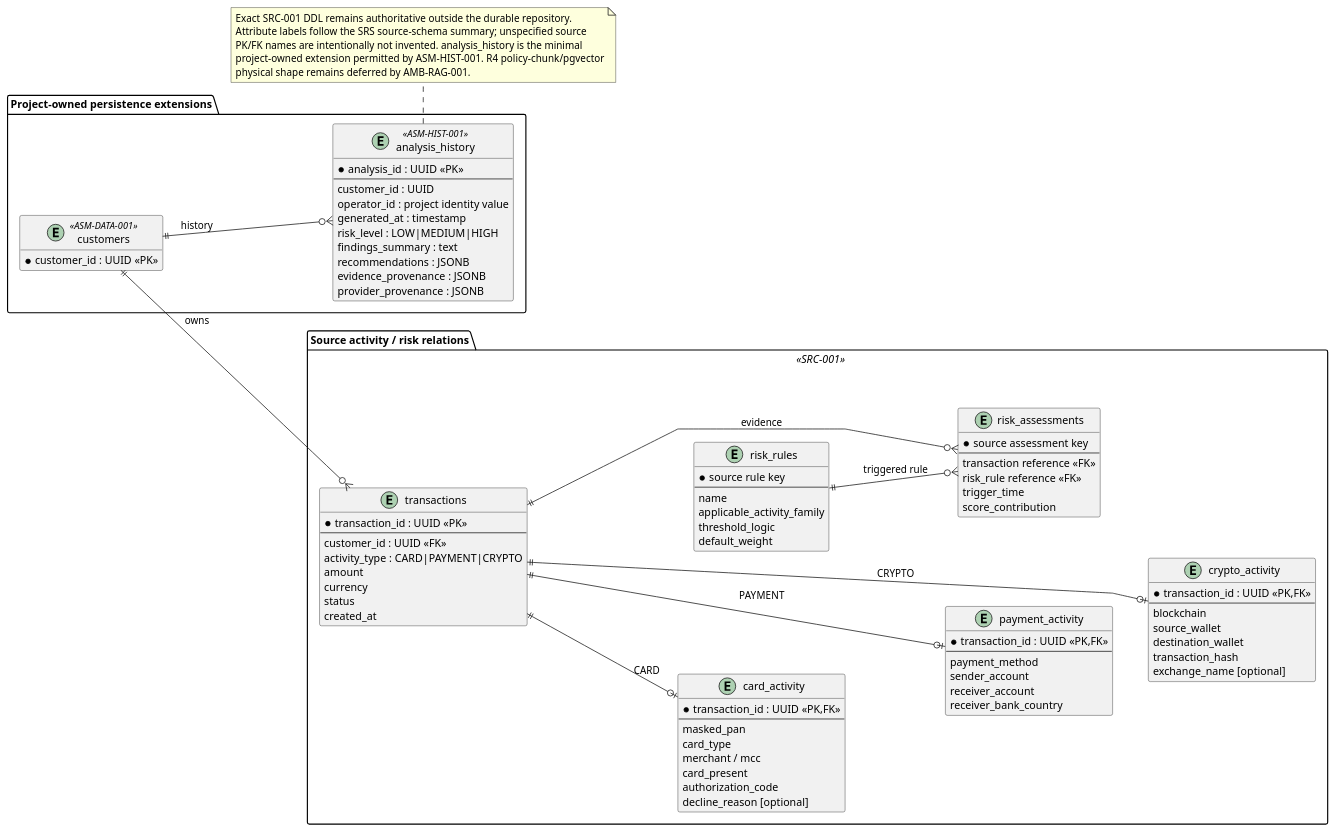
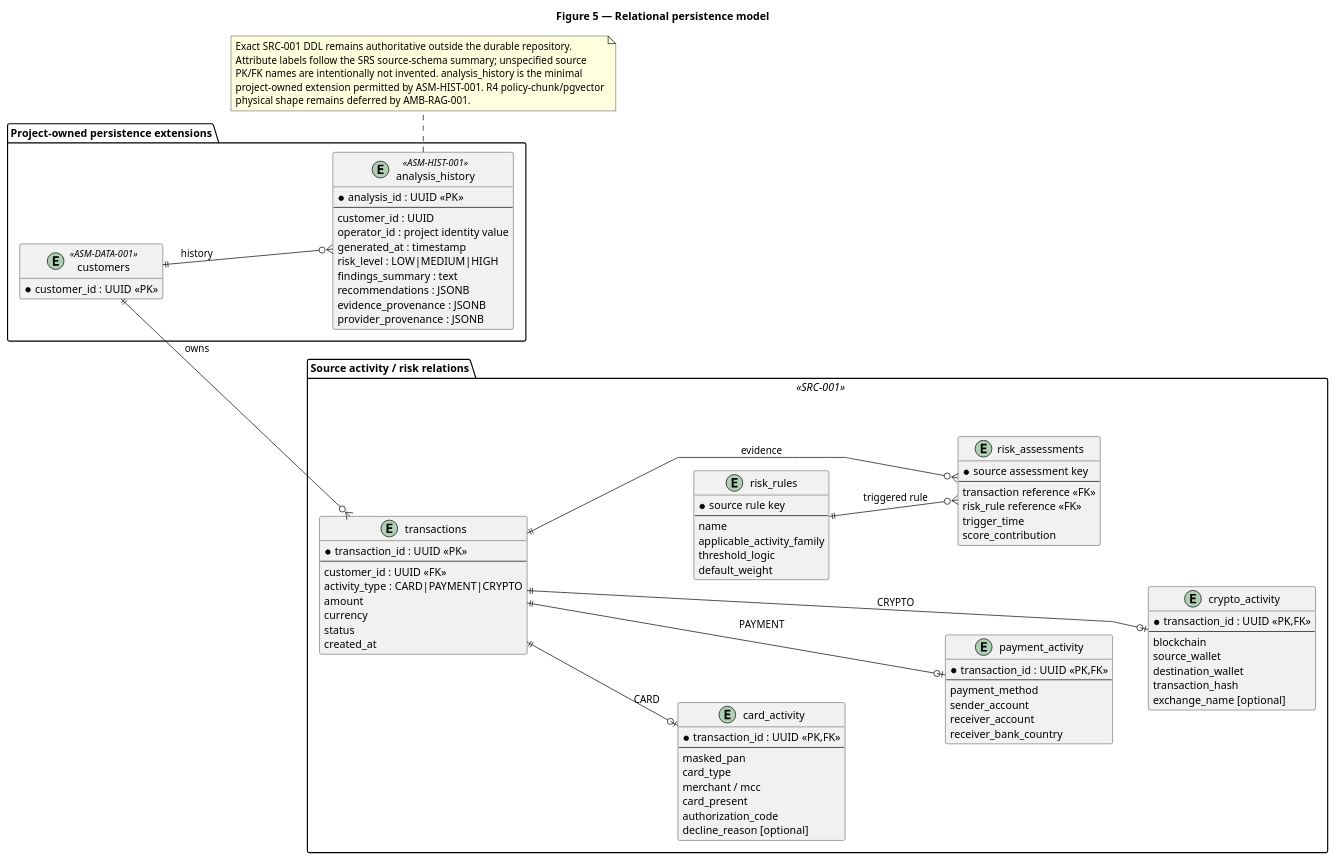
Before and after one commit to jdoe-dev-159753/specgraph-reference-app: the diagram in docs/assignment/SDD/diagrams/relational-schema.puml, drawn with PlantUML.

Commit message:
docs: title relational persistence figure

```diff
--- a/docs/assignment/SDD/diagrams/relational-schema.puml
+++ b/docs/assignment/SDD/diagrams/relational-schema.puml
@@ -1,101 +1,102 @@
 @startuml
+title Figure 5 — Relational persistence model
 left to right direction
 hide methods
 skinparam linetype polyline
 skinparam nodesep 35
 skinparam ranksep 45
 
 package "Source activity / risk relations" <<SRC-001>> {
   entity transactions {
     * transaction_id : UUID <<PK>>
     --
     customer_id : UUID <<FK>>
     activity_type : CARD|PAYMENT|CRYPTO
     amount
     currency
     status
     created_at
   }
   entity card_activity {
     * transaction_id : UUID <<PK,FK>>
     --
     masked_pan
     card_type
     merchant / mcc
     card_present
     authorization_code
     decline_reason [optional]
   }
   entity payment_activity {
     * transaction_id : UUID <<PK,FK>>
     --
     payment_method
     sender_account
     receiver_account
     receiver_bank_country
   }
   entity crypto_activity {
     * transaction_id : UUID <<PK,FK>>
     --
     blockchain
     source_wallet
     destination_wallet
     transaction_hash
     exchange_name [optional]
   }
   entity risk_rules {
     * source rule key
     --
     name
     applicable_activity_family
     threshold_logic
     default_weight
   }
   entity risk_assessments {
     * source assessment key
     --
     transaction reference <<FK>>
     risk_rule reference <<FK>>
     trigger_time
     score_contribution
   }
 }
 
 package "Project-owned persistence extensions" {
   entity customers <<ASM-DATA-001>> {
     * customer_id : UUID <<PK>>
   }
   entity analysis_history <<ASM-HIST-001>> {
     * analysis_id : UUID <<PK>>
     --
     customer_id : UUID
     operator_id : project identity value
     generated_at : timestamp
     risk_level : LOW|MEDIUM|HIGH
     findings_summary : text
     recommendations : JSONB
     evidence_provenance : JSONB
     provider_provenance : JSONB
   }
 }
 
 customers ||--o{ transactions : owns
 transactions ||--o| card_activity : CARD
 transactions ||--o| payment_activity : PAYMENT
 transactions ||--o| crypto_activity : CRYPTO
 transactions ||--o{ risk_assessments : evidence
 risk_rules ||--o{ risk_assessments : triggered rule
 customers ||--o{ analysis_history : history
 
 transactions -[hidden]-> risk_rules
 card_activity -[hidden]-> payment_activity
 payment_activity -[hidden]-> crypto_activity
 
 note bottom
   Exact SRC-001 DDL remains authoritative outside the durable repository.
   Attribute labels follow the SRS source-schema summary; unspecified source
   PK/FK names are intentionally not invented. analysis_history is the minimal
   project-owned extension permitted by ASM-HIST-001. R4 policy-chunk/pgvector
   physical shape remains deferred by AMB-RAG-001.
 end note
 @enduml
```
